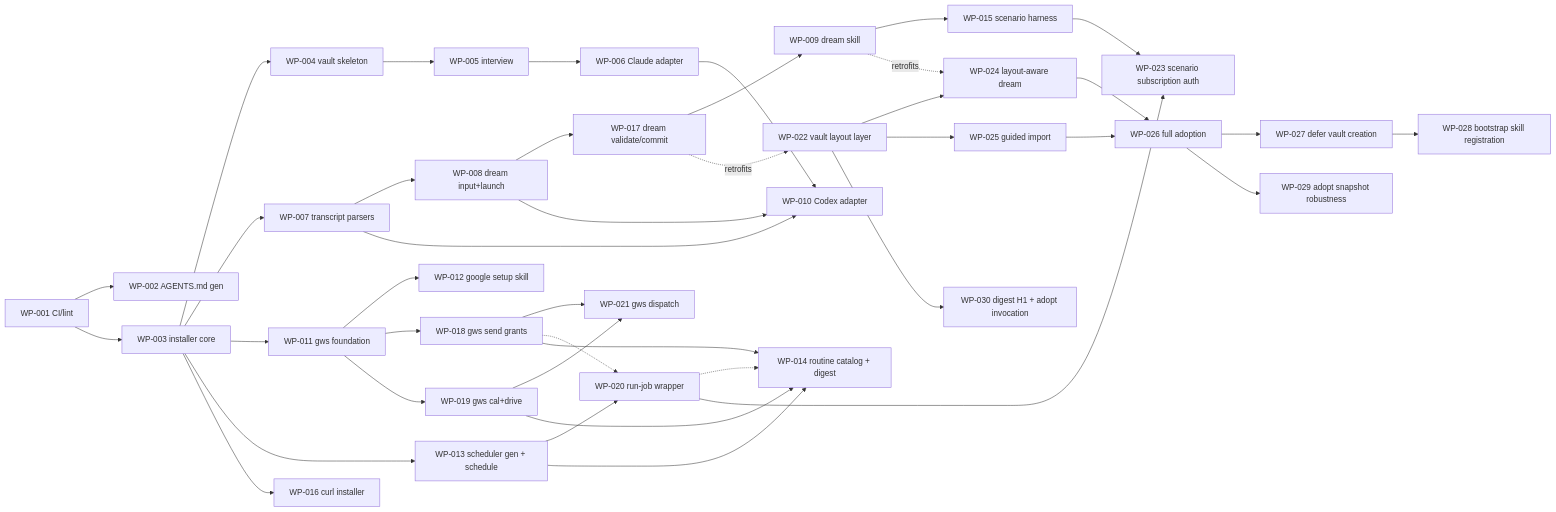
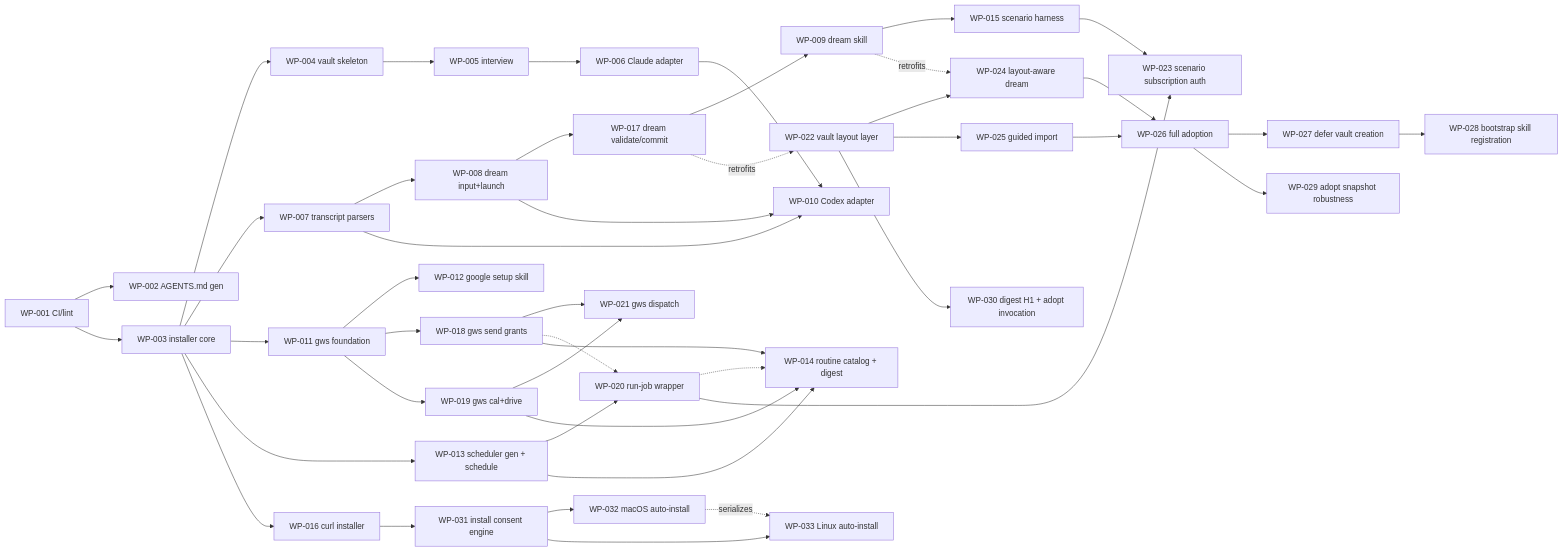
Before and after one commit to wienerdog-ai/wienerdog: the diagram in docs/specs/ROADMAP.md, drawn with Mermaid. The commit also changed other lines of this file and 6 other files, not shown here.

First line of the commit message:
docs(adr,threat-model,specs): ADR-0011 consented dependency auto-install + T5b + WP-031/032/033 — Ready

````diff
--- a/docs/specs/ROADMAP.md
+++ b/docs/specs/ROADMAP.md
@@ -55,42 +58,46 @@
 ```mermaid
 graph LR
   WP001[WP-001 CI/lint] --> WP002[WP-002 AGENTS.md gen]
   WP001 --> WP003[WP-003 installer core]
   WP003 --> WP004[WP-004 vault skeleton]
   WP004 --> WP005[WP-005 interview]
   WP005 --> WP006[WP-006 Claude adapter]
   WP003 --> WP007[WP-007 transcript parsers]
   WP007 --> WP008[WP-008 dream input+launch]
   WP008 --> WP017[WP-017 dream validate/commit]
   WP017 --> WP009[WP-009 dream skill]
   WP006 --> WP010[WP-010 Codex adapter]
   WP007 --> WP010
   WP008 --> WP010
   WP003 --> WP011[WP-011 gws foundation]
   WP011 --> WP012[WP-012 google setup skill]
   WP011 --> WP018[WP-018 gws send grants]
   WP011 --> WP019[WP-019 gws cal+drive]
   WP003 --> WP013[WP-013 scheduler gen + schedule]
   WP018 --> WP021[WP-021 gws dispatch]
   WP019 --> WP021
   WP013 --> WP020[WP-020 run-job wrapper]
   WP018 -.-> WP020
   WP018 --> WP014[WP-014 routine catalog + digest]
   WP019 --> WP014
   WP013 --> WP014
   WP020 -.-> WP014
   WP009 --> WP015[WP-015 scenario harness]
   WP003 --> WP016[WP-016 curl installer]
+  WP016 --> WP031[WP-031 install consent engine]
+  WP031 --> WP032[WP-032 macOS auto-install]
+  WP031 --> WP033[WP-033 Linux auto-install]
+  WP032 -.serializes.-> WP033
   WP015 --> WP023[WP-023 scenario subscription auth]
   WP020 --> WP023
   WP017 -.retrofits.-> WP022[WP-022 vault layout layer]
   WP009 -.retrofits.-> WP024[WP-024 layout-aware dream]
   WP022 --> WP024
   WP022 --> WP025[WP-025 guided import]
   WP024 --> WP026[WP-026 full adoption]
   WP025 --> WP026
   WP026 --> WP027[WP-027 defer vault creation]
   WP027 --> WP028[WP-028 bootstrap skill registration]
   WP026 --> WP029[WP-029 adopt snapshot robustness]
   WP022 --> WP030[WP-030 digest H1 + adopt invocation]
 ```
````
